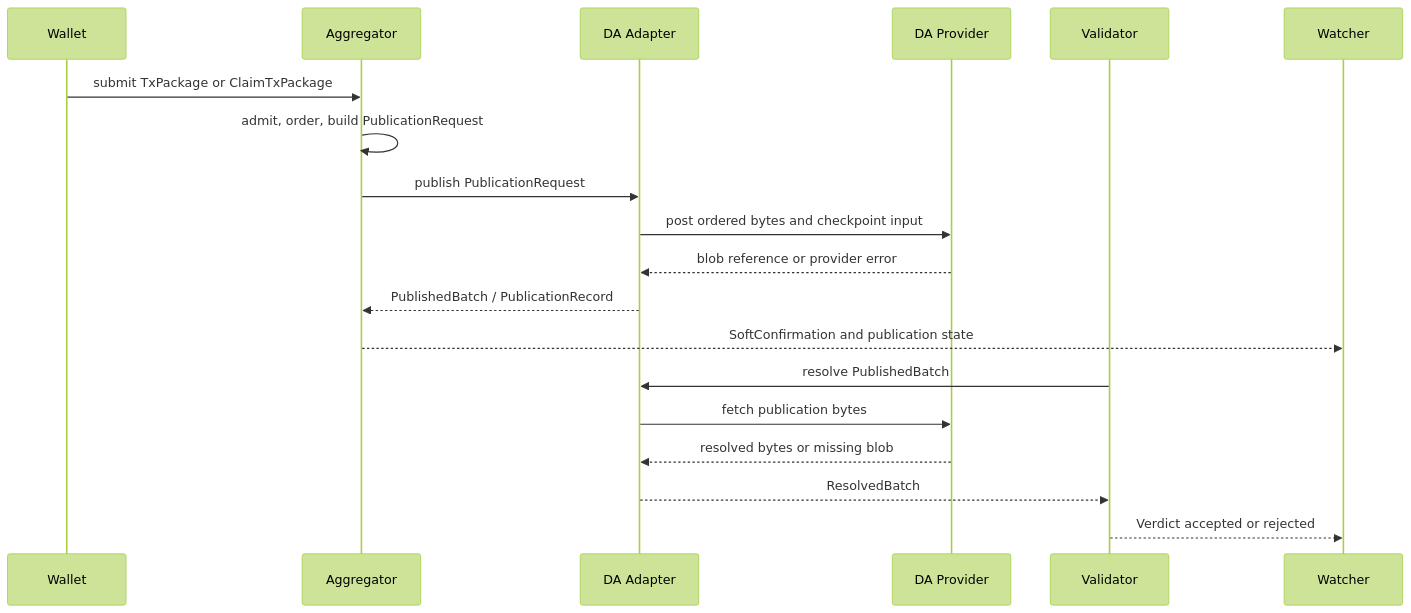
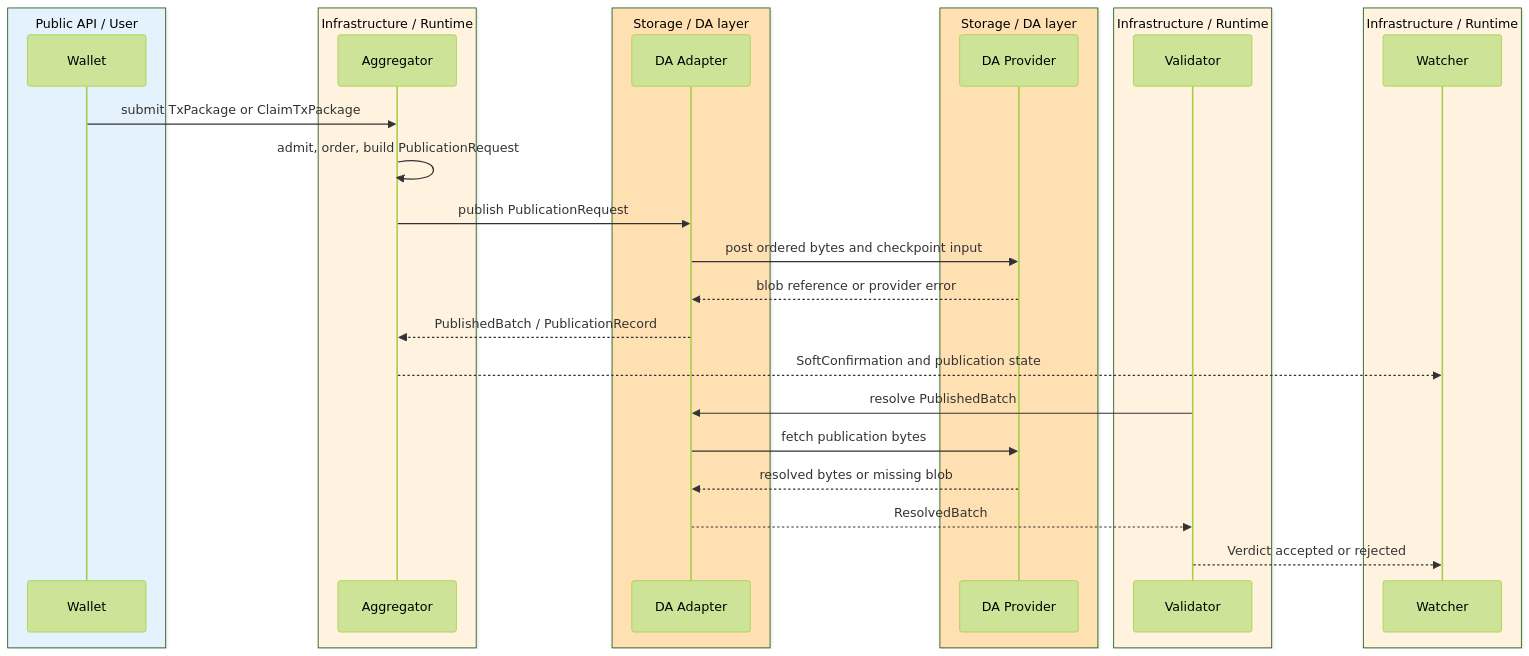
One commit to z00z-labs/z00z changed the seventh of 10 diagrams in docs/whitepapers/Main-Whitepaper.md. Above: the diagram before and after it, drawn with Mermaid (forest theme). The commit also changed other lines of this file and 629 other files, not shown here.

````diff
--- a/docs/whitepapers/Main-Whitepaper.md
+++ b/docs/whitepapers/Main-Whitepaper.md
@@ -799,22 +807,35 @@
 ```mermaid
 sequenceDiagram
-  participant Wallet as Wallet
-  participant Agg as Aggregator
-  participant Adapter as DA Adapter
-  participant Provider as DA Provider
-  participant Val as Validator
-  participant Watch as Watcher
+  box rgb(227,242,253) Public API / User
+    participant Wallet as Wallet
+  end
+  box rgb(255,243,224) Infrastructure / Runtime
+    participant Agg as Aggregator
+  end
+  box rgb(255,224,178) Storage / DA layer
+    participant Adapter as DA Adapter
+  end
+  box rgb(255,224,178) Storage / DA layer
+    participant Provider as DA Provider
+  end
+  box rgb(255,243,224) Infrastructure / Runtime
+    participant Val as Validator
+  end
+  box rgb(255,243,224) Infrastructure / Runtime
+    participant Watch as Watcher
+  end
+
 
   Wallet->>Agg: submit TxPackage or ClaimTxPackage
   Agg->>Agg: admit, order, build PublicationRequest
   Agg->>Adapter: publish PublicationRequest
   Adapter->>Provider: post ordered bytes and checkpoint input
   Provider-->>Adapter: blob reference or provider error
   Adapter-->>Agg: PublishedBatch / PublicationRecord
   Agg-->>Watch: SoftConfirmation and publication state
   Val->>Adapter: resolve PublishedBatch
   Adapter->>Provider: fetch publication bytes
   Provider-->>Adapter: resolved bytes or missing blob
   Adapter-->>Val: ResolvedBatch
   Val-->>Watch: Verdict accepted or rejected
 ```
````
